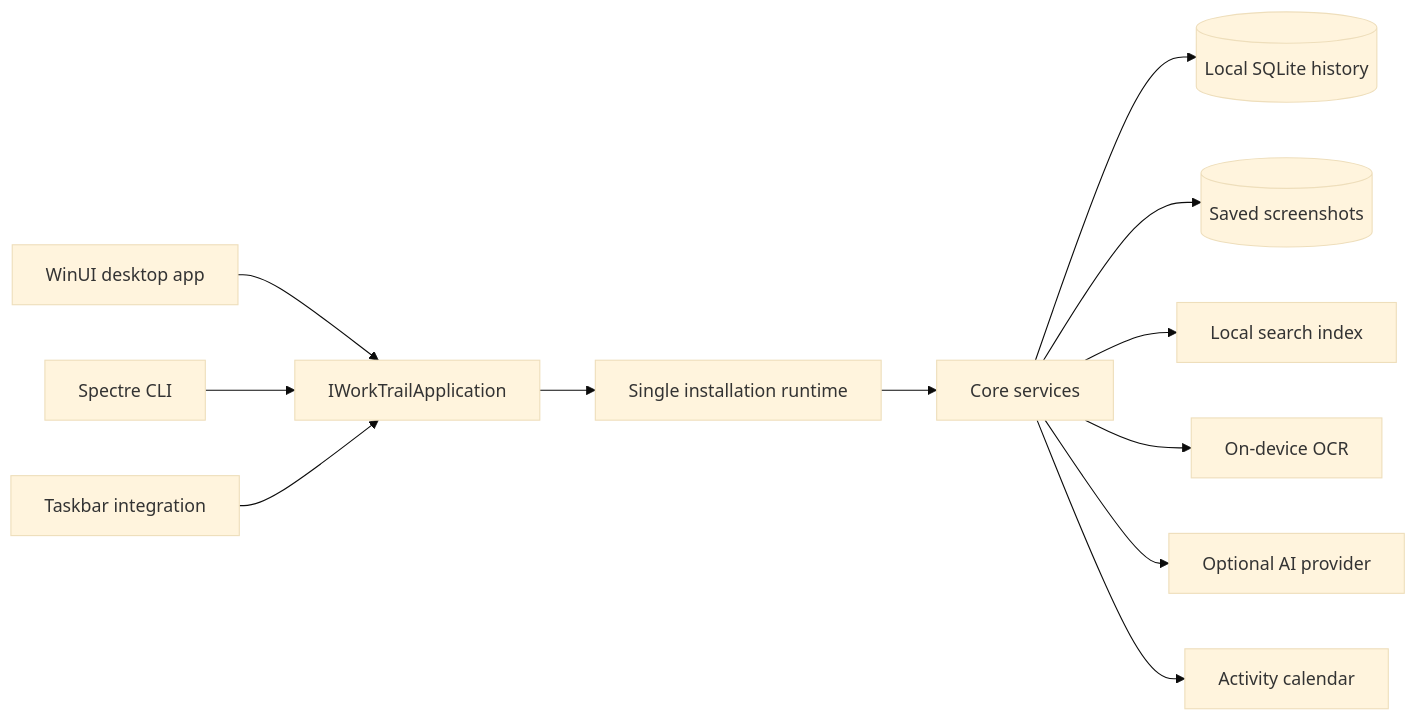
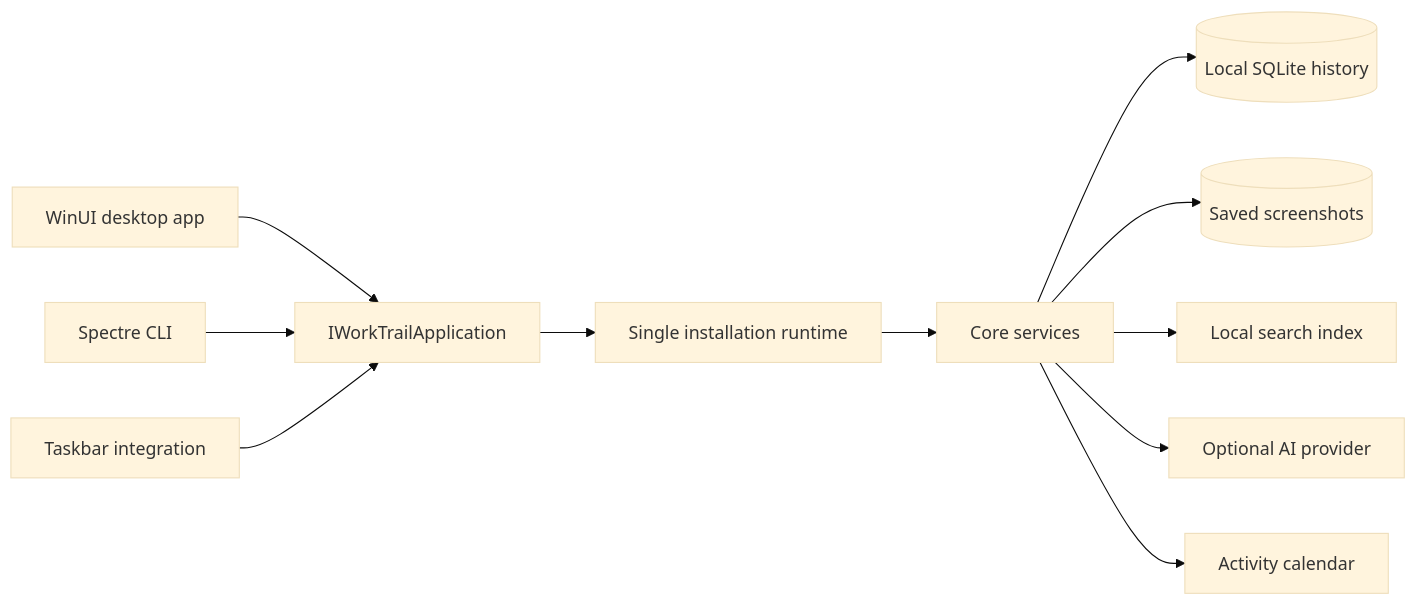
One commit to umbertotechnopreneur/WorkTrail changed the diagram in docs/ARCHITECTURE.md. Above: the diagram before and after it, drawn with Mermaid (base theme). The commit also changed other lines of this file and 254 other files, not shown here.

````diff
--- a/docs/ARCHITECTURE.md
+++ b/docs/ARCHITECTURE.md
@@ -13,14 +13,13 @@
 ```mermaid
 flowchart LR
     WinUI[WinUI desktop app] --> Facade[IWorkTrailApplication]
     CLI[Spectre CLI] --> Facade
     Taskbar[Taskbar integration] --> Facade
     Facade --> Runtime[Single installation runtime]
     Runtime --> Services[Core services]
     Services --> SQLite[(Local SQLite history)]
     Services --> Captures[(Saved screenshots)]
     Services --> Search[Local search index]
-    Services --> OCR[On-device OCR]
     Services --> Provider[Optional AI provider]
     Services --> Calendar[Activity calendar]
 ```
````
